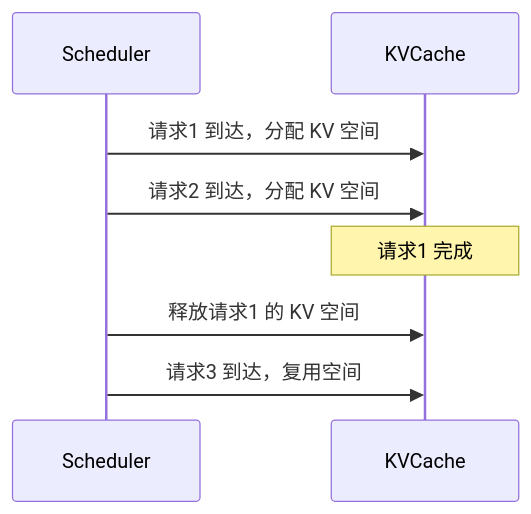
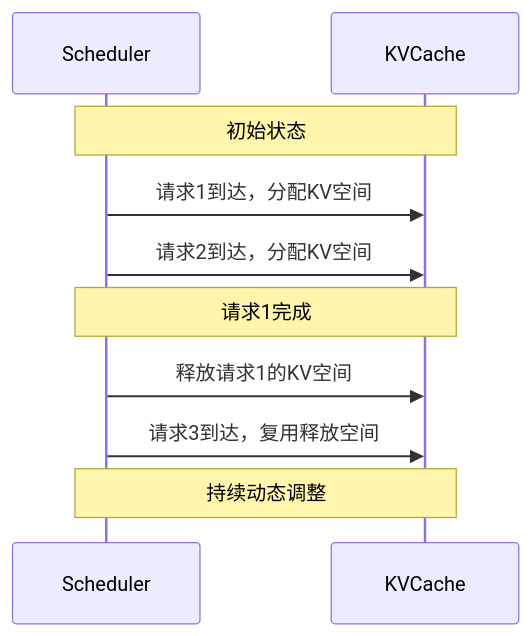
One commit to Xunzhuo/mini-sglang changed the fifth of 8 diagrams in learning/website/docs/basics/15-kv-cache.md. Above: the diagram before and after it, drawn with Mermaid. The commit also changed other lines of this file and 23 other files, not shown here.

````diff
--- a/learning/website/docs/basics/15-kv-cache.md
+++ b/learning/website/docs/basics/15-kv-cache.md
@@ -325,11 +343,15 @@
 ```mermaid
 sequenceDiagram
     participant Scheduler
     participant KVCache
     
-    Scheduler->>KVCache: 请求1 到达，分配 KV 空间
-    Scheduler->>KVCache: 请求2 到达，分配 KV 空间
-    Note over KVCache: 请求1 完成
-    Scheduler->>KVCache: 释放请求1 的 KV 空间
-    Scheduler->>KVCache: 请求3 到达，复用空间
+    Note over Scheduler,KVCache: 初始状态
+    Scheduler->>KVCache: 请求1到达，分配KV空间
+    Scheduler->>KVCache: 请求2到达，分配KV空间
+    
+    Note over Scheduler,KVCache: 请求1完成
+    Scheduler->>KVCache: 释放请求1的KV空间
+    Scheduler->>KVCache: 请求3到达，复用释放空间
+    
+    Note over Scheduler,KVCache: 持续动态调整
 ```
````
